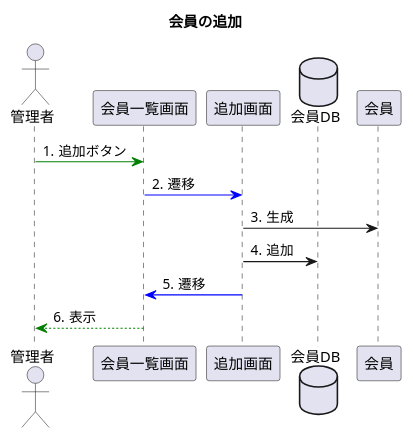
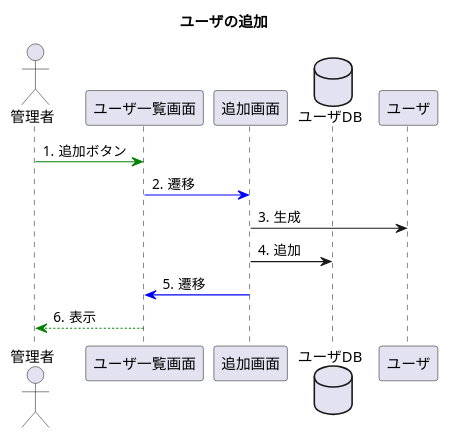
The diagram in uml/seq_insert.pu (toufu66/ProjectC), drawn with PlantUML before and after one commit. The commit also changed 1 other file, not shown here.

Commit message:
会員→ユーザ

```diff
--- a/uml/seq_insert.pu
+++ b/uml/seq_insert.pu
@@ -1,19 +1,19 @@
 @startuml
-title 会員の追加
+title ユーザの追加
 
 autonumber "#."
 
 actor 管理者
-participant 会員一覧画面
+participant ユーザ一覧画面
 participant 追加画面
-database 会員DB
-participant 会員
+database ユーザDB
+participant ユーザ
 
-管理者 -[#green]> 会員一覧画面:追加ボタン
-会員一覧画面 -[#blue]> 追加画面:遷移
-追加画面 -> 会員:生成
+管理者 -[#green]> ユーザ一覧画面:追加ボタン
+ユーザ一覧画面 -[#blue]> 追加画面:遷移
+追加画面 -> ユーザ:生成
 
-追加画面 -> 会員DB:追加
-追加画面 -[#blue]> 会員一覧画面:遷移
-会員一覧画面 --[#green]> 管理者:表示
+追加画面 -> ユーザDB:追加
+追加画面 -[#blue]> ユーザ一覧画面:遷移
+ユーザ一覧画面 --[#green]> 管理者:表示
 @enduml
```
